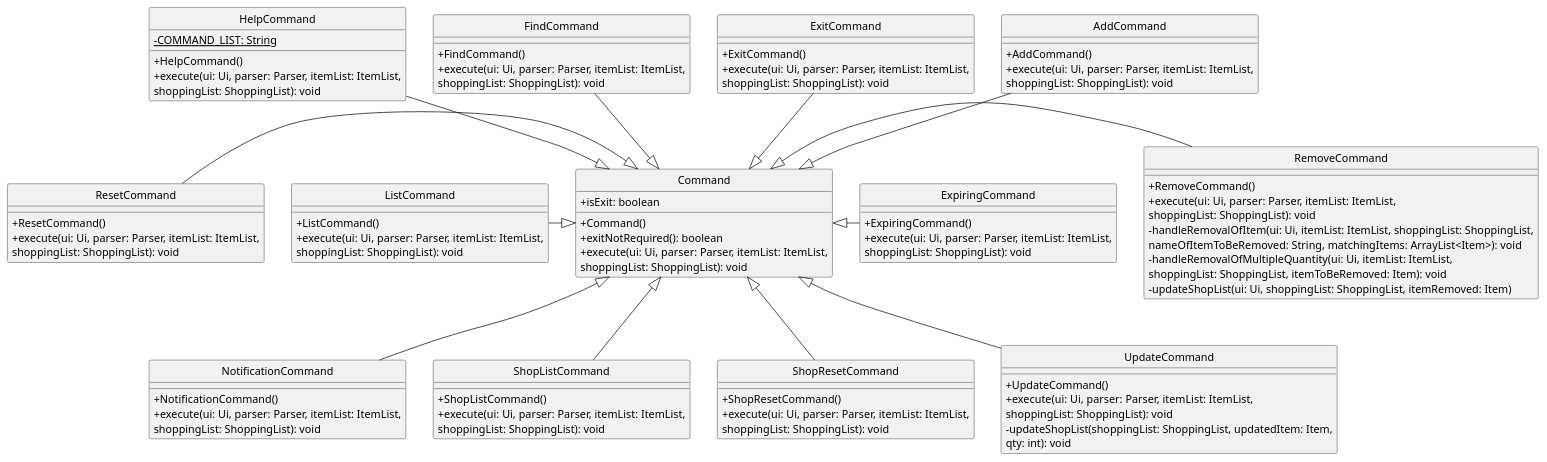
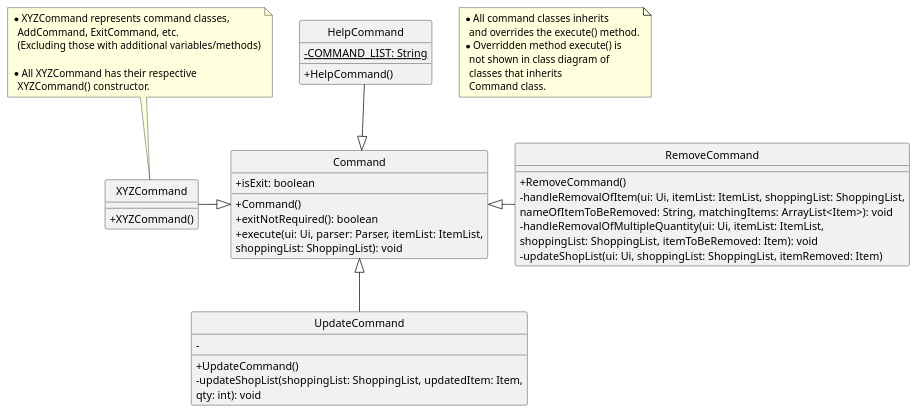
The diagram in docs/pumlFiles/Command.puml (uosjapuelks/tp), drawn with PlantUML before and after one commit. The commit also changed 1 other file, not shown here.

Commit message:
Update command class diagram

```diff
--- a/docs/pumlFiles/Command.puml
+++ b/docs/pumlFiles/Command.puml
@@ -1,120 +1,66 @@
 @startuml
 hide circle
 skinparam classAttributeIconSize 0
 
 class Command
-class AddCommand
-class ExitCommand
-class FindCommand
 class HelpCommand
-class ListCommand
-class ResetCommand
 class RemoveCommand
-class ExpiringCommand
-class NotificationCommand
-class ShopListCommand
-class ShopResetCommand
 class UpdateCommand
 
-Command <|-up- AddCommand
-Command <|-up- ExitCommand
-Command <|-up- FindCommand
+
 Command <|-up- HelpCommand
-Command <|-left- ListCommand
-Command <|-left- ResetCommand
 Command <|-right- RemoveCommand
-Command <|-right- ExpiringCommand
-Command <|-down- NotificationCommand
-Command <|-down- ShopListCommand
-Command <|-down- ShopResetCommand
+Command <|-left- XYZCommand
 Command <|-down- UpdateCommand
 
 class Command {
 +isExit: boolean
 +Command()
 +exitNotRequired(): boolean
 +execute(ui: Ui, parser: Parser, itemList: ItemList,
 shoppingList: ShoppingList): void
 }
 
-class AddCommand {
-+AddCommand()
-+execute(ui: Ui, parser: Parser, itemList: ItemList,
- shoppingList: ShoppingList): void
-}
+note top of XYZCommand
+ * XYZCommand represents command classes,
+   AddCommand, ExitCommand, etc.
+   (Excluding those with additional variables/methods)
 
-class ExitCommand {
-+ExitCommand()
-+execute(ui: Ui, parser: Parser, itemList: ItemList,
- shoppingList: ShoppingList): void
-}
-
-class FindCommand {
-+FindCommand()
-+execute(ui: Ui, parser: Parser, itemList: ItemList,
- shoppingList: ShoppingList): void
+ * All XYZCommand has their respective
+   XYZCommand() constructor.
+end note
+class XYZCommand {
++XYZCommand()
 }
 
 class HelpCommand {
-- {static} COMMAND_LIST: String
+-{static} COMMAND_LIST: String
 +HelpCommand()
-+execute(ui: Ui, parser: Parser, itemList: ItemList,
- shoppingList: ShoppingList): void
-}
-
-class ListCommand {
-+ListCommand()
-+execute(ui: Ui, parser: Parser, itemList: ItemList,
-shoppingList: ShoppingList): void
-}
-
-class ResetCommand {
-+ResetCommand()
-+execute(ui: Ui, parser: Parser, itemList: ItemList,
- shoppingList: ShoppingList): void
 }
 
 class RemoveCommand {
 +RemoveCommand()
-+execute(ui: Ui, parser: Parser, itemList: ItemList,
- shoppingList: ShoppingList): void
 -handleRemovalOfItem(ui: Ui, itemList: ItemList, shoppingList: ShoppingList,
  nameOfItemToBeRemoved: String, matchingItems: ArrayList<Item>): void
 -handleRemovalOfMultipleQuantity(ui: Ui, itemList: ItemList,
  shoppingList: ShoppingList, itemToBeRemoved: Item): void
 -updateShopList(ui: Ui, shoppingList: ShoppingList, itemRemoved: Item)
 }
 
-class ExpiringCommand {
-+ExpiringCommand()
-+execute(ui: Ui, parser: Parser, itemList: ItemList,
- shoppingList: ShoppingList): void
-}
-
-class NotificationCommand {
-+NotificationCommand()
-+execute(ui: Ui, parser: Parser, itemList: ItemList,
- shoppingList: ShoppingList): void
-}
-
-class ShopListCommand {
-+ShopListCommand()
-+execute(ui: Ui, parser: Parser, itemList: ItemList,
- shoppingList: ShoppingList): void
-}
-
-class ShopResetCommand {
-+ShopResetCommand()
-+execute(ui: Ui, parser: Parser, itemList: ItemList,
- shoppingList: ShoppingList): void
-}
-
 class UpdateCommand {
 +UpdateCommand()
-+execute(ui: Ui, parser: Parser, itemList: ItemList,
- shoppingList: ShoppingList): void
+-
 -updateShopList(shoppingList: ShoppingList, updatedItem: Item,
  qty: int): void
 }
 
+note as N1
+* All command classes inherits
+  and overrides the execute() method.
+* Overridden method execute() is
+  not shown in class diagram of
+  classes that inherits
+  Command class.
+end note
+
 @enduml
```
